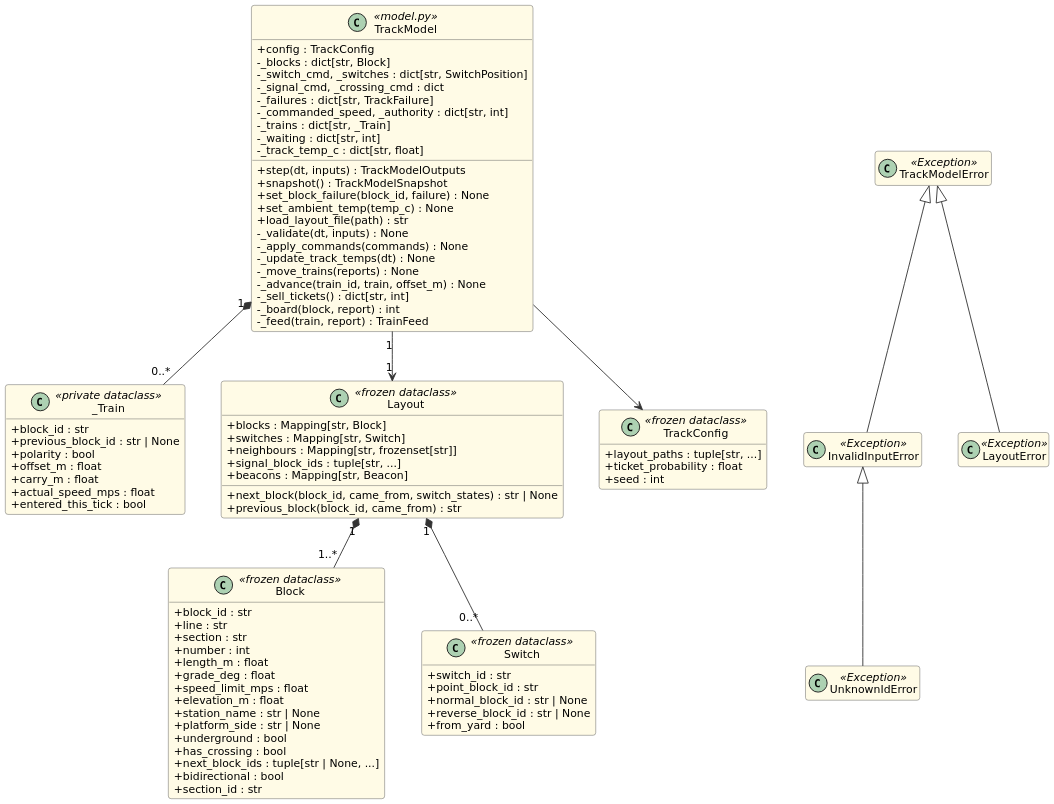
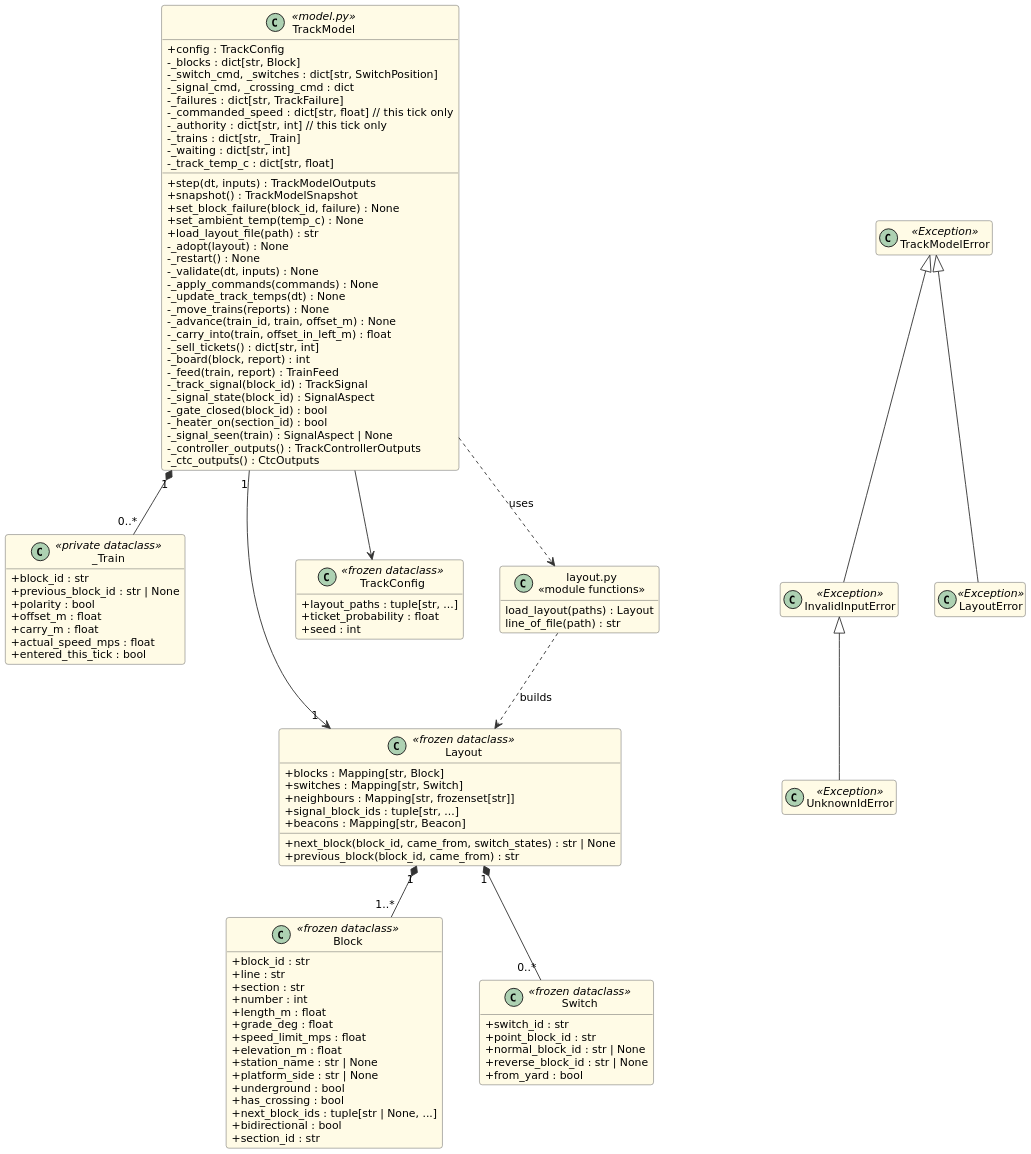
One commit to Landiss04/Track-Overflow changed the diagram in documents/uml/track_model/04_class_core.puml. Above: the diagram before and after it, drawn with PlantUML. The commit also changed 14 other files, not shown here.

First line of the commit message:
Track Model SDD: class diagrams show every function the sequences use

```diff
--- a/documents/uml/track_model/04_class_core.puml
+++ b/documents/uml/track_model/04_class_core.puml
@@ -1,98 +1,115 @@
 @startuml
 skinparam shadowing false
 skinparam dpi 170
 skinparam defaultFontName DejaVu Sans
 skinparam defaultFontSize 12
 skinparam roundCorner 6
 skinparam ArrowColor #333333
 skinparam BackgroundColor white
 skinparam classAttributeIconSize 0
 skinparam classBackgroundColor #FFFBE6
 skinparam classBorderColor #555555
 hide empty members
 skinparam nodesep 40
 skinparam ranksep 55
 class TrackModel <<model.py>> {
   +config : TrackConfig
   -_blocks : dict[str, Block]
   -_switch_cmd, _switches : dict[str, SwitchPosition]
   -_signal_cmd, _crossing_cmd : dict
   -_failures : dict[str, TrackFailure]
-  -_commanded_speed, _authority : dict[str, int]
+  -_commanded_speed : dict[str, float]  // this tick only
+  -_authority : dict[str, int]  // this tick only
   -_trains : dict[str, _Train]
   -_waiting : dict[str, int]
   -_track_temp_c : dict[str, float]
   +step(dt, inputs) : TrackModelOutputs
   +snapshot() : TrackModelSnapshot
   +set_block_failure(block_id, failure) : None
   +set_ambient_temp(temp_c) : None
   +load_layout_file(path) : str
+  -_adopt(layout) : None
+  -_restart() : None
   -_validate(dt, inputs) : None
   -_apply_commands(commands) : None
   -_update_track_temps(dt) : None
   -_move_trains(reports) : None
   -_advance(train_id, train, offset_m) : None
+  -_carry_into(train, offset_in_left_m) : float
   -_sell_tickets() : dict[str, int]
   -_board(block, report) : int
   -_feed(train, report) : TrainFeed
+  -_track_signal(block_id) : TrackSignal
+  -_signal_state(block_id) : SignalAspect
+  -_gate_closed(block_id) : bool
+  -_heater_on(section_id) : bool
+  -_signal_seen(train) : SignalAspect | None
+  -_controller_outputs() : TrackControllerOutputs
+  -_ctc_outputs() : CtcOutputs
 }
 class _Train <<private dataclass>> {
   +block_id : str
   +previous_block_id : str | None
   +polarity : bool
   +offset_m : float
   +carry_m : float
   +actual_speed_mps : float
   +entered_this_tick : bool
 }
 class Layout <<frozen dataclass>> {
   +blocks : Mapping[str, Block]
   +switches : Mapping[str, Switch]
   +neighbours : Mapping[str, frozenset[str]]
   +signal_block_ids : tuple[str, ...]
   +beacons : Mapping[str, Beacon]
   +next_block(block_id, came_from, switch_states) : str | None
   +previous_block(block_id, came_from) : str
 }
 class Block <<frozen dataclass>> {
   +block_id : str
   +line : str
   +section : str
   +number : int
   +length_m : float
   +grade_deg : float
   +speed_limit_mps : float
   +elevation_m : float
   +station_name : str | None
   +platform_side : str | None
   +underground : bool
   +has_crossing : bool
   +next_block_ids : tuple[str | None, ...]
   +bidirectional : bool
   +section_id : str
 }
 class Switch <<frozen dataclass>> {
   +switch_id : str
   +point_block_id : str
   +normal_block_id : str | None
   +reverse_block_id : str | None
   +from_yard : bool
 }
 class TrackConfig <<frozen dataclass>> {
   +layout_paths : tuple[str, ...]
   +ticket_probability : float
   +seed : int
 }
+class "layout.py\n<<module functions>>" as LF {
+  load_layout(paths) : Layout
+  line_of_file(path) : str
+}
 class TrackModelError <<Exception>>
 class InvalidInputError <<Exception>>
 class UnknownIdError <<Exception>>
 class LayoutError <<Exception>>
 TrackModel "1" *-- "0..*" _Train
 TrackModel "1" --> "1" Layout
 TrackModel --> TrackConfig
+TrackModel ..> LF : uses
+LF ..> Layout : builds
 Layout "1" *-- "1..*" Block
 Layout "1" *-- "0..*" Switch
 TrackModelError <|-- InvalidInputError
 InvalidInputError <|-- UnknownIdError
 TrackModelError <|-- LayoutError
 @enduml
```
